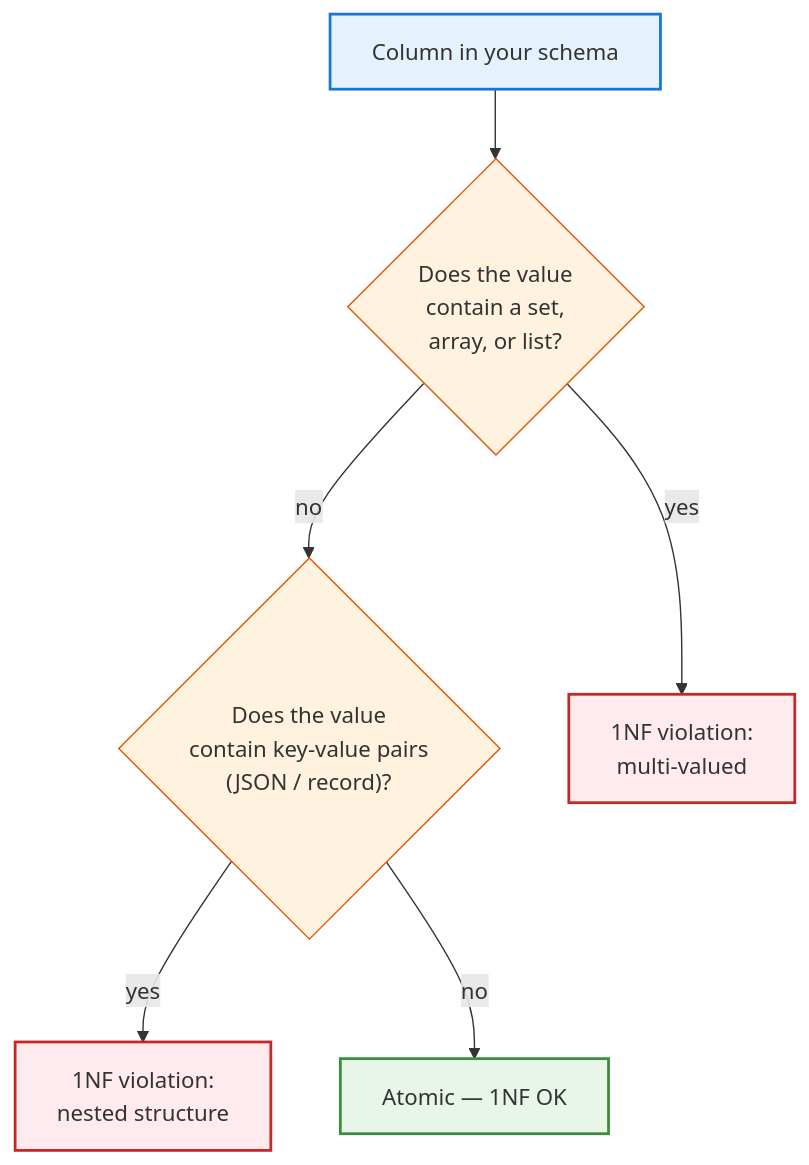
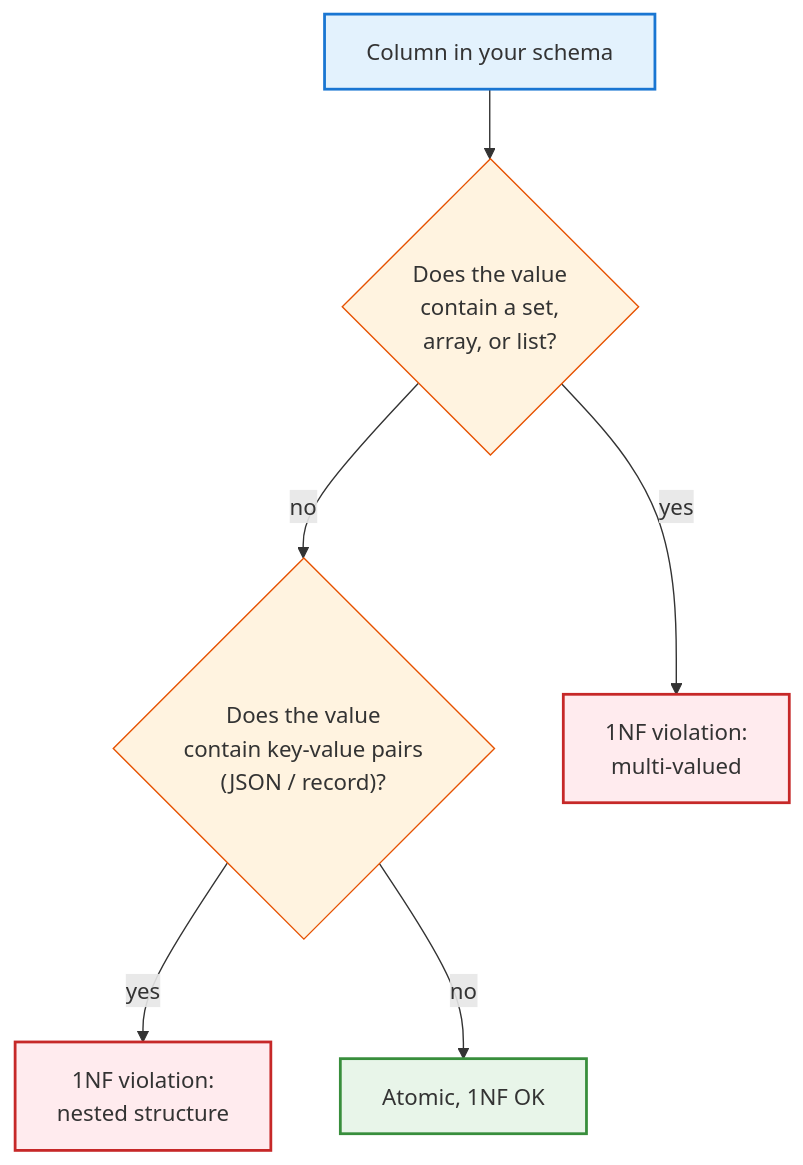
Before and after one commit to ufdatastudio/cop5725fa26: the third of 4 diagrams in lecture-outlines/day9-normalization/slides.md, drawn with Mermaid. The commit also changed other lines of this file and 33 other files, not shown here.

````diff
--- a/lecture-outlines/day9-normalization/slides.md
+++ b/lecture-outlines/day9-normalization/slides.md
@@ -338,22 +338,22 @@
 ```mermaid
 graph TB
   Col["Column in your schema"]
   Q1{"Does the value<br/>contain a set,<br/>array, or list?"}
   Q2{"Does the value<br/>contain key-value pairs<br/>(JSON / record)?"}
-  Q3["Atomic — 1NF OK"]
+  Q3["Atomic, 1NF OK"]
   V1["1NF violation:<br/>multi-valued"]
   V2["1NF violation:<br/>nested structure"]
   Col --> Q1
   Q1 -->|"yes"| V1
   Q1 -->|"no"| Q2
   Q2 -->|"yes"| V2
   Q2 -->|"no"| Q3
   classDef root fill:#e3f2fd,stroke:#1976d2,stroke-width:2px
   classDef dec fill:#fff3e0,stroke:#e65100
   classDef bad fill:#ffebee,stroke:#c62828,stroke-width:2px
   classDef good fill:#e8f5e9,stroke:#388e3c,stroke-width:2px
   class Col root
   class Q1,Q2 dec
   class V1,V2 bad
   class Q3 good
 ```
````
